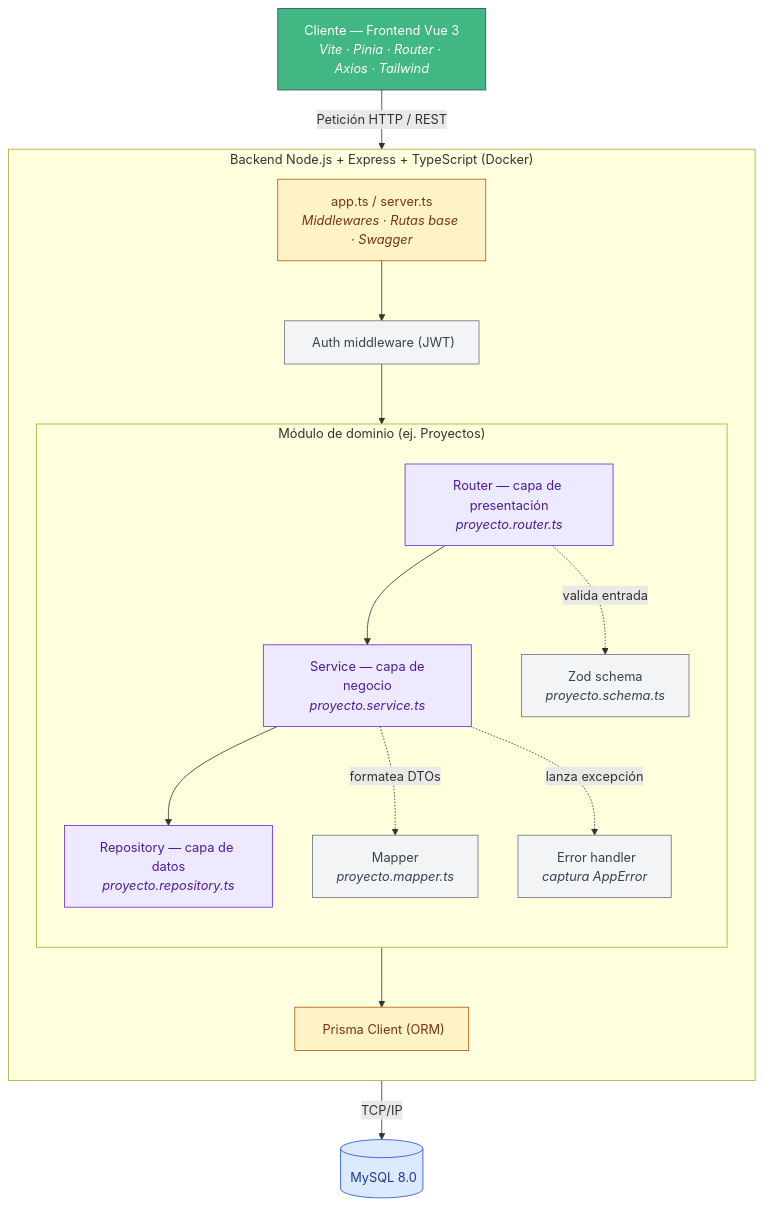
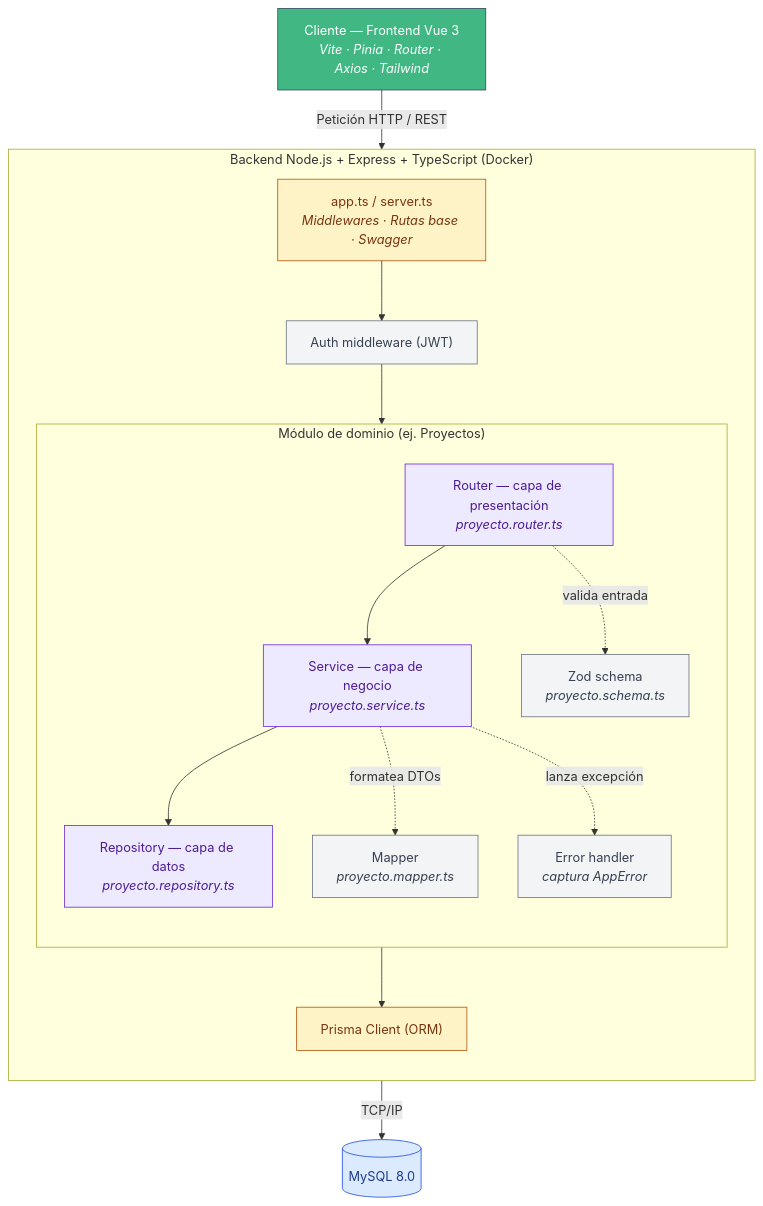
Before and after one commit to LeonardoSGP/e2_backend: the first of 3 diagrams in README.md, drawn with Mermaid. The commit also changed other lines of this file, not shown here.

````diff
--- a/README.md
+++ b/README.md
@@ -80,42 +79,42 @@
 ```mermaid
 flowchart TD
     classDef frontend fill:#41B883,stroke:#35495E,stroke-width:1px,color:#ffffff
     classDef entry    fill:#FEF3C7,stroke:#B45309,stroke-width:1px,color:#78350F
     classDef layer    fill:#EDE9FE,stroke:#6D28D9,stroke-width:1px,color:#4C1D95
     classDef helper   fill:#F3F4F6,stroke:#6B7280,stroke-width:1px,color:#374151
     classDef database fill:#DBEAFE,stroke:#1D4ED8,stroke-width:1px,color:#1E3A8A
 
     Client[" Cliente — Frontend Vue 3<br/><i>Vite · Pinia · Router · Axios · Tailwind</i>"]:::frontend
 
     subgraph Backend [" Backend Node.js + Express + TypeScript (Docker)"]
         direction TB
         API[" app.ts / server.ts<br/><i>Middlewares · Rutas base · Swagger</i>"]:::entry
-        Auth["️ Auth middleware (JWT)"]:::helper
+        Auth[" Auth middleware (JWT)"]:::helper
 
         subgraph Modulo [" Módulo de dominio (ej. Proyectos)"]
             direction TB
             Router[" Router — capa de presentación<br/><i>proyecto.router.ts</i>"]:::layer
             Zod[" Zod schema<br/><i>proyecto.schema.ts</i>"]:::helper
-            Service["️ Service — capa de negocio<br/><i>proyecto.service.ts</i>"]:::layer
+            Service[" Service — capa de negocio<br/><i>proyecto.service.ts</i>"]:::layer
             Mapper[" Mapper<br/><i>proyecto.mapper.ts</i>"]:::helper
-            ErrorH["️ Error handler<br/><i>captura AppError</i>"]:::helper
+            ErrorH[" Error handler<br/><i>captura AppError</i>"]:::helper
             Repository[" Repository — capa de datos<br/><i>proyecto.repository.ts</i>"]:::layer
         end
 
-        Prisma["️ Prisma Client (ORM)"]:::entry
+        Prisma[" Prisma Client (ORM)"]:::entry
     end
 
-    DB[("️ MySQL 8.0")]:::database
+    DB[(" MySQL 8.0")]:::database
 
     Client -- "Petición HTTP / REST" --> API
     API --> Auth
     Auth --> Router
     Router --> Service
     Service --> Repository
     Repository --> Prisma
     Prisma -- "TCP/IP" --> DB
 
     Router -. "valida entrada" .-> Zod
     Service -. "formatea DTOs" .-> Mapper
     Service -. "lanza excepción" .-> ErrorH
 ```
````
